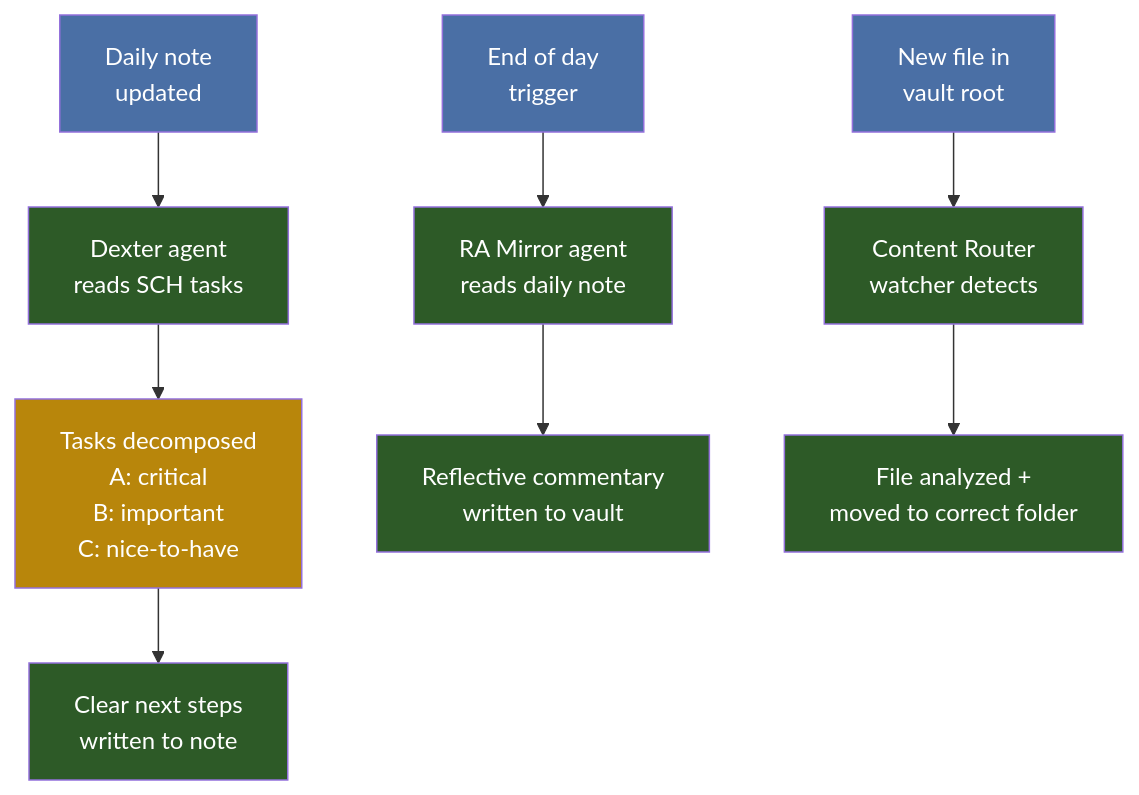
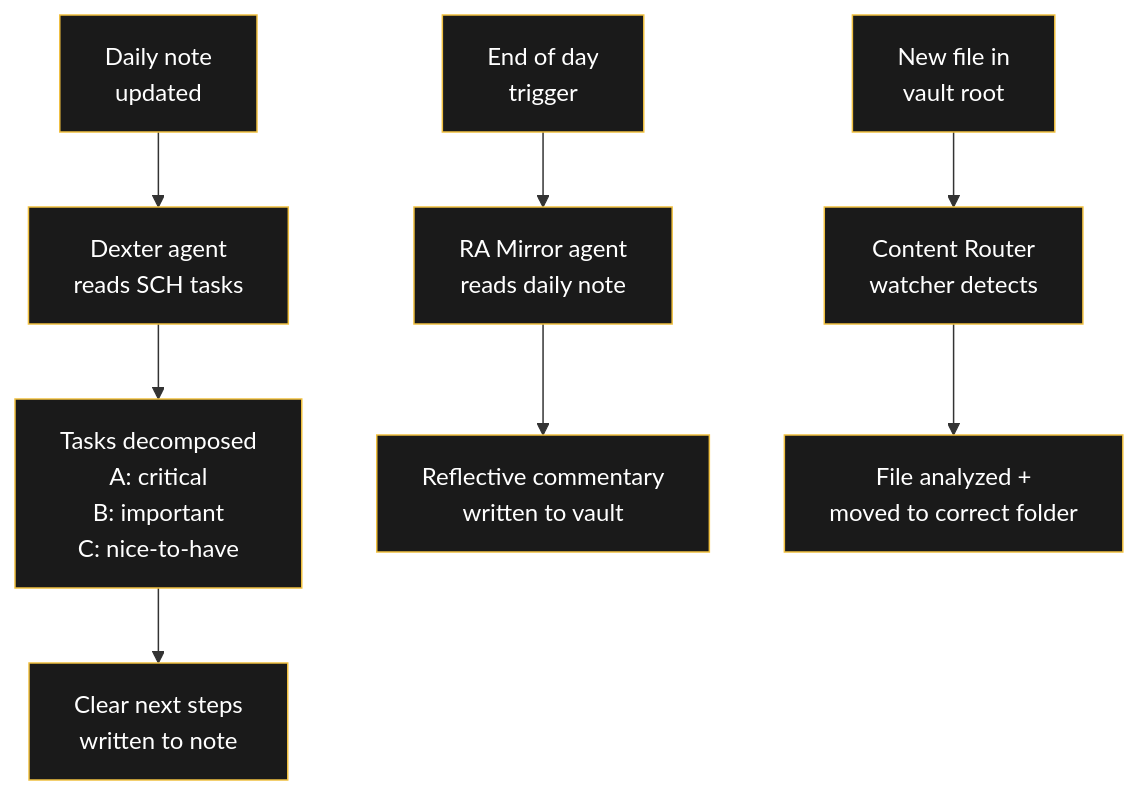
One commit to raulmina1/quartz-garden changed the third of 3 diagrams in content/Projekte/Agent Shop.md. Above: the diagram before and after it, drawn with Mermaid. The commit also changed other lines of this file and 13 other files, not shown here.

Commit message:
all 10 improvements: dark flowcharts, Plausible analytics, favicon, CNAME for domain, OG images already active

````diff
--- a/content/Projekte/Agent Shop.md
+++ b/content/Projekte/Agent Shop.md
@@ -121,23 +121,23 @@
 ```mermaid
 flowchart TD
     A[Daily note<br/>updated] --> B[Dexter agent<br/>reads SCH tasks]
     B --> C[Tasks decomposed<br/>A: critical<br/>B: important<br/>C: nice-to-have]
     C --> D[Clear next steps<br/>written to note]
     
     E[End of day<br/>trigger] --> F[RA Mirror agent<br/>reads daily note]
     F --> G[Reflective commentary<br/>written to vault]
     
     H[New file in<br/>vault root] --> I[Content Router<br/>watcher detects]
     I --> J[File analyzed +<br/>moved to correct folder]
     
-    style A fill:#4a6fa5,color:#fff
-    style B fill:#2d5a27,color:#fff
-    style C fill:#b8860b,color:#fff
-    style D fill:#2d5a27,color:#fff
-    style E fill:#4a6fa5,color:#fff
-    style F fill:#2d5a27,color:#fff
-    style G fill:#2d5a27,color:#fff
-    style H fill:#4a6fa5,color:#fff
-    style I fill:#2d5a27,color:#fff
-    style J fill:#2d5a27,color:#fff
+    style A fill:#1a1a1a,stroke:#f0c040,color:#fff
+    style B fill:#1a1a1a,stroke:#f0c040,color:#fff
+    style C fill:#1a1a1a,stroke:#f0c040,color:#fff
+    style D fill:#1a1a1a,stroke:#f0c040,color:#fff
+    style E fill:#1a1a1a,stroke:#f0c040,color:#fff
+    style F fill:#1a1a1a,stroke:#f0c040,color:#fff
+    style G fill:#1a1a1a,stroke:#f0c040,color:#fff
+    style H fill:#1a1a1a,stroke:#f0c040,color:#fff
+    style I fill:#1a1a1a,stroke:#f0c040,color:#fff
+    style J fill:#1a1a1a,stroke:#f0c040,color:#fff
 ```
````
